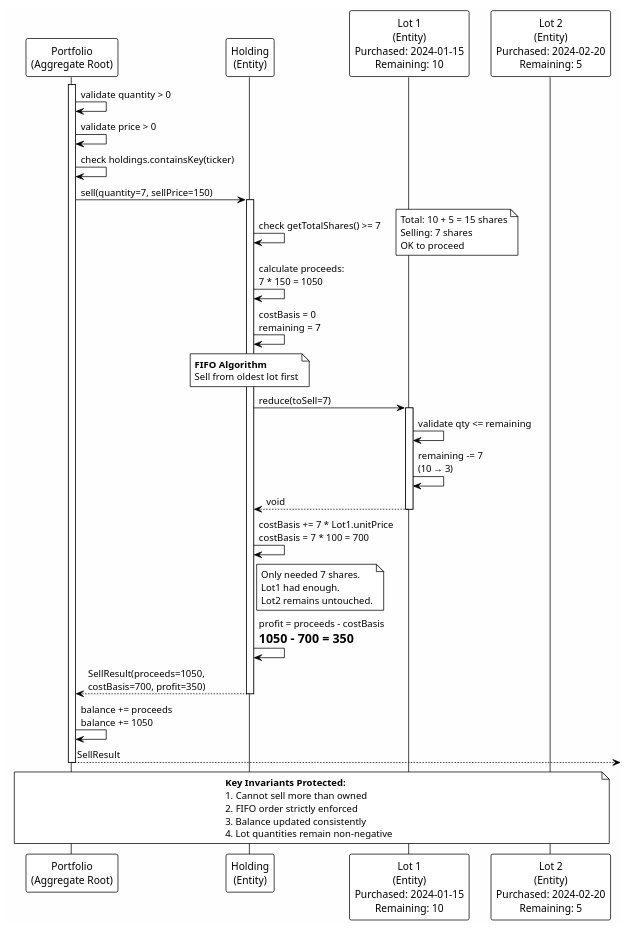
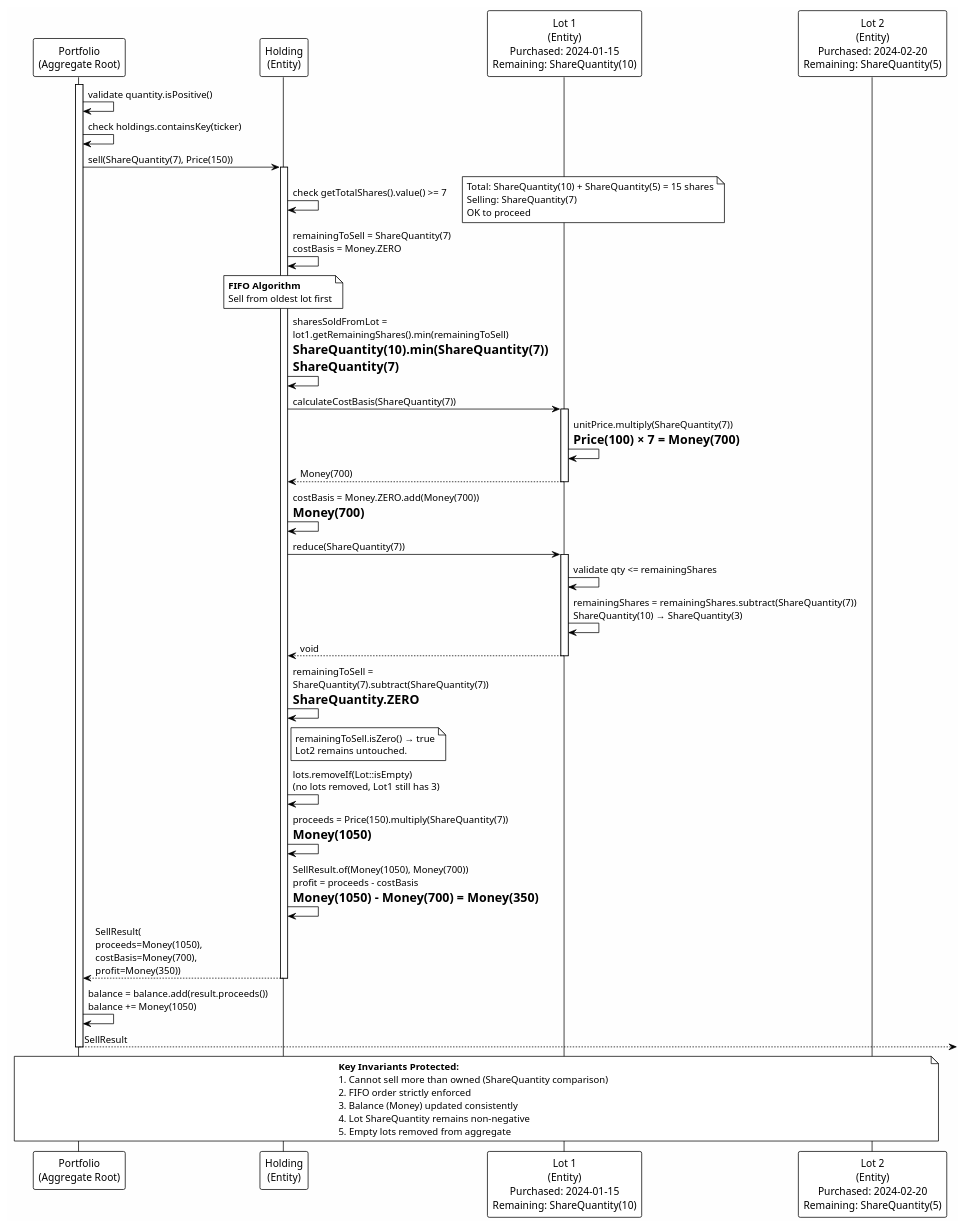
The diagram in doc/tutorial/diagrams/sell-domain-fifo.puml (alfredorueda/HexaStock), drawn with PlantUML before and after one commit. The commit also changed 13 other files, not shown here.

```diff
--- a/doc/tutorial/diagrams/sell-domain-fifo.puml
+++ b/doc/tutorial/diagrams/sell-domain-fifo.puml
@@ -1,67 +1,77 @@
 @startuml sell-domain-fifo
 !theme plain
 skinparam backgroundColor #FEFEFE
 
 participant "Portfolio\n(Aggregate Root)" as Portfolio
 participant "Holding\n(Entity)" as Holding
-participant "Lot 1\n(Entity)\nPurchased: 2024-01-15\nRemaining: 10" as Lot1
-participant "Lot 2\n(Entity)\nPurchased: 2024-02-20\nRemaining: 5" as Lot2
+participant "Lot 1\n(Entity)\nPurchased: 2024-01-15\nRemaining: ShareQuantity(10)" as Lot1
+participant "Lot 2\n(Entity)\nPurchased: 2024-02-20\nRemaining: ShareQuantity(5)" as Lot2
 
 activate Portfolio
-
-Portfolio -> Portfolio: validate quantity > 0
-Portfolio -> Portfolio: validate price > 0
+Portfolio -> Portfolio: validate quantity.isPositive()
 Portfolio -> Portfolio: check holdings.containsKey(ticker)
 
-Portfolio -> Holding: sell(quantity=7, sellPrice=150)
+Portfolio -> Holding: sell(ShareQuantity(7), Price(150))
 activate Holding
 
-Holding -> Holding: check getTotalShares() >= 7
+Holding -> Holding: check getTotalShares().value() >= 7
 note right
-  Total: 10 + 5 = 15 shares
-  Selling: 7 shares
+  Total: ShareQuantity(10) + ShareQuantity(5) = 15 shares
+  Selling: ShareQuantity(7)
   OK to proceed
 end note
 
-Holding -> Holding: calculate proceeds:\n7 * 150 = 1050
-Holding -> Holding: costBasis = 0\nremaining = 7
+Holding -> Holding: remainingToSell = ShareQuantity(7)\ncostBasis = Money.ZERO
 
 note over Holding
   **FIFO Algorithm**
   Sell from oldest lot first
 end note
 
-Holding -> Lot1: reduce(toSell=7)
+Holding -> Holding: sharesSoldFromLot =\nlot1.getRemainingShares().min(remainingToSell)\n= ShareQuantity(10).min(ShareQuantity(7))\n= ShareQuantity(7)
+
+Holding -> Lot1: calculateCostBasis(ShareQuantity(7))
 activate Lot1
-Lot1 -> Lot1: validate qty <= remaining
-Lot1 -> Lot1: remaining -= 7\n(10 → 3)
+Lot1 -> Lot1: unitPrice.multiply(ShareQuantity(7))\n= Price(100) × 7 = Money(700)
+Lot1 --> Holding: Money(700)
+deactivate Lot1
+
+Holding -> Holding: costBasis = Money.ZERO.add(Money(700))\n= Money(700)
+
+Holding -> Lot1: reduce(ShareQuantity(7))
+activate Lot1
+Lot1 -> Lot1: validate qty <= remainingShares
+Lot1 -> Lot1: remainingShares = remainingShares.subtract(ShareQuantity(7))\nShareQuantity(10) → ShareQuantity(3)
 Lot1 --> Holding: void
 deactivate Lot1
 
-Holding -> Holding: costBasis += 7 * Lot1.unitPrice\ncostBasis = 7 * 100 = 700
+Holding -> Holding: remainingToSell =\nShareQuantity(7).subtract(ShareQuantity(7))\n= ShareQuantity.ZERO
 
 note right of Holding
-  Only needed 7 shares.
-  Lot1 had enough.
+  remainingToSell.isZero() → true
   Lot2 remains untouched.
 end note
 
-Holding -> Holding: profit = proceeds - costBasis\n= 1050 - 700 = 350
+Holding -> Holding: lots.removeIf(Lot::isEmpty)\n(no lots removed, Lot1 still has 3)
 
-Holding --> Portfolio: SellResult(proceeds=1050,\ncostBasis=700, profit=350)
+Holding -> Holding: proceeds = Price(150).multiply(ShareQuantity(7))\n= Money(1050)
+
+Holding -> Holding: SellResult.of(Money(1050), Money(700))\nprofit = proceeds - costBasis\n= Money(1050) - Money(700) = Money(350)
+
+Holding --> Portfolio: SellResult(\nproceeds=Money(1050),\ncostBasis=Money(700),\nprofit=Money(350))
 deactivate Holding
 
-Portfolio -> Portfolio: balance += proceeds\nbalance += 1050
+Portfolio -> Portfolio: balance = balance.add(result.proceeds())\nbalance += Money(1050)
 
 Portfolio --> : SellResult
 deactivate Portfolio
 
 note over Portfolio, Lot2
   **Key Invariants Protected:**
-  1. Cannot sell more than owned
+  1. Cannot sell more than owned (ShareQuantity comparison)
   2. FIFO order strictly enforced
-  3. Balance updated consistently
-  4. Lot quantities remain non-negative
+  3. Balance (Money) updated consistently
+  4. Lot ShareQuantity remains non-negative
+  5. Empty lots removed from aggregate
 end note
-
 @enduml
```
